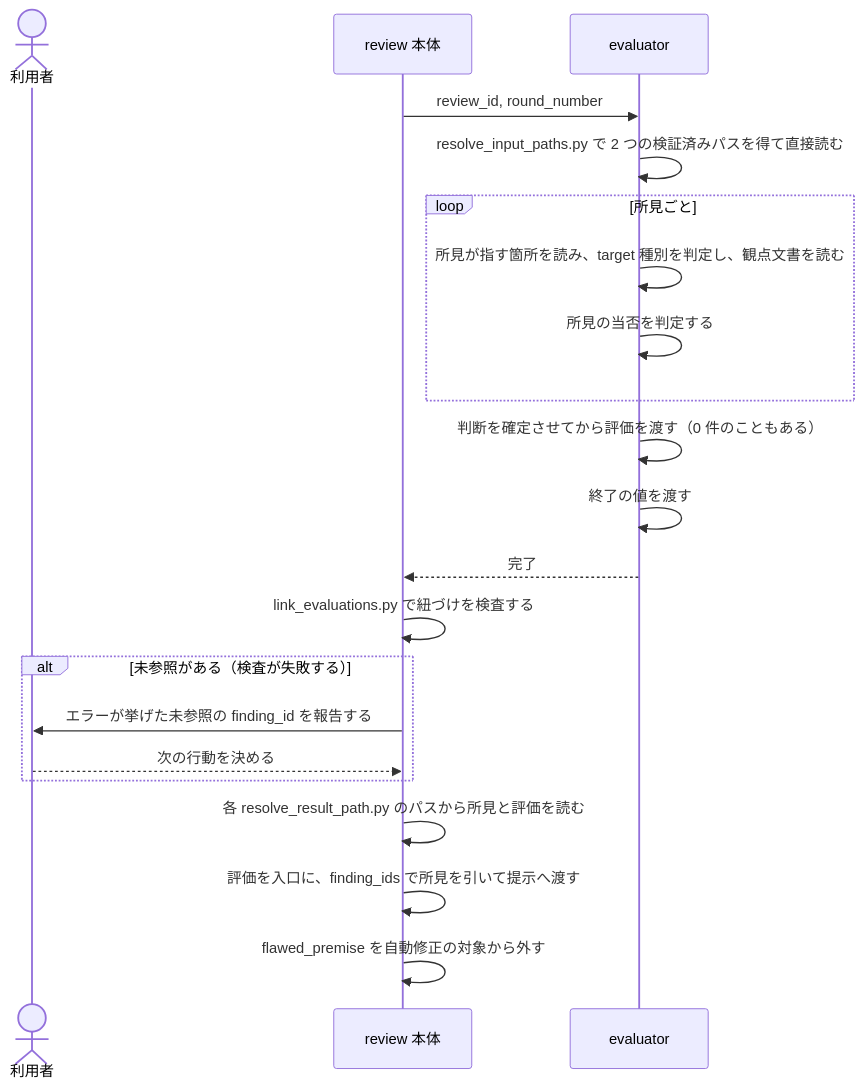
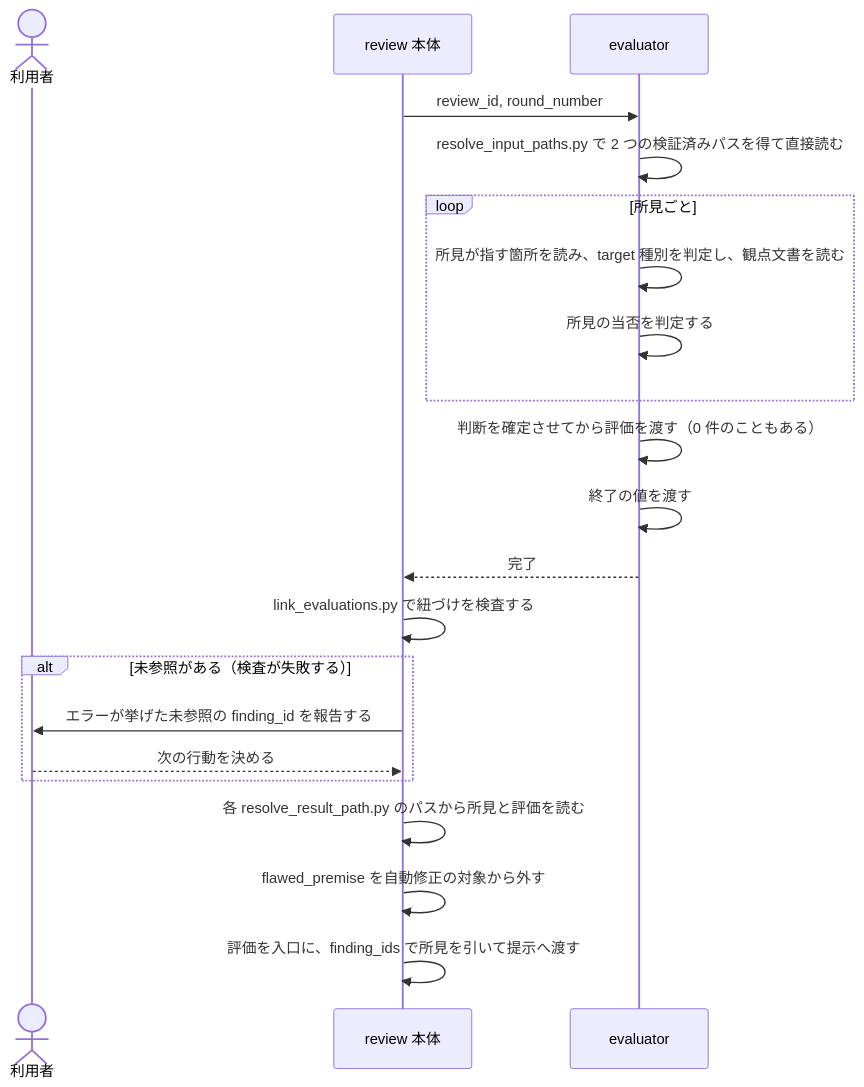
The diagram in docs/specs/review/design/DES-083_evaluator_perspective_design.md (BlueEventHorizon/bw-cc-plugins), drawn with Mermaid before and after one commit. The commit also changed other lines of this file and 5 other files, not shown here.

````diff
--- a/docs/specs/review/design/DES-083_evaluator_perspective_design.md
+++ b/docs/specs/review/design/DES-083_evaluator_perspective_design.md
@@ -30,24 +30,24 @@
 ```mermaid
 sequenceDiagram
     actor Human as 利用者
     participant Body as review 本体
     participant E as evaluator
 
     Body->>E: review_id, round_number
     E->>E: resolve_input_paths.py で 2 つの検証済みパスを得て直接読む
     loop 所見ごと
         E->>E: 所見が指す箇所を読み、target 種別を判定し、観点文書を読む
         E->>E: 所見の当否を判定する
     end
     E->>E: 判断を確定させてから評価を渡す（0 件のこともある）
     E->>E: 終了の値を渡す
     E-->>Body: 完了
     Body->>Body: link_evaluations.py で紐づけを検査する
     alt 未参照がある（検査が失敗する）
         Body->>Human: エラーが挙げた未参照の finding_id を報告する
         Human-->>Body: 次の行動を決める
     end
     Body->>Body: 各 resolve_result_path.py のパスから所見と評価を読む
+    Body->>Body: flawed_premise を自動修正の対象から外す
     Body->>Body: 評価を入口に、finding_ids で所見を引いて提示へ渡す
-    Body->>Body: flawed_premise を自動修正の対象から外す
 ```
````
